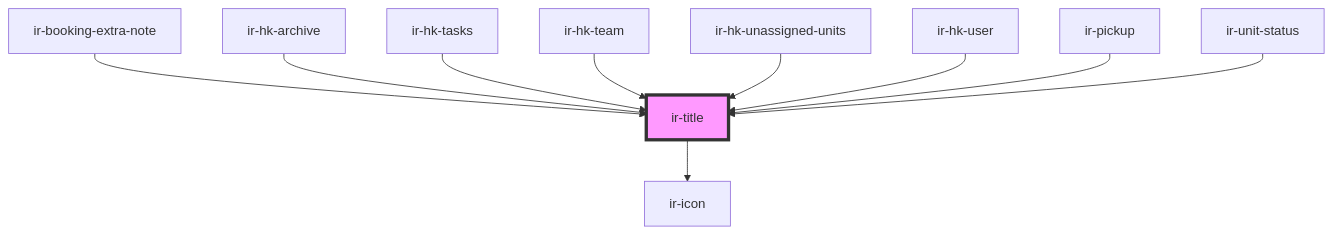
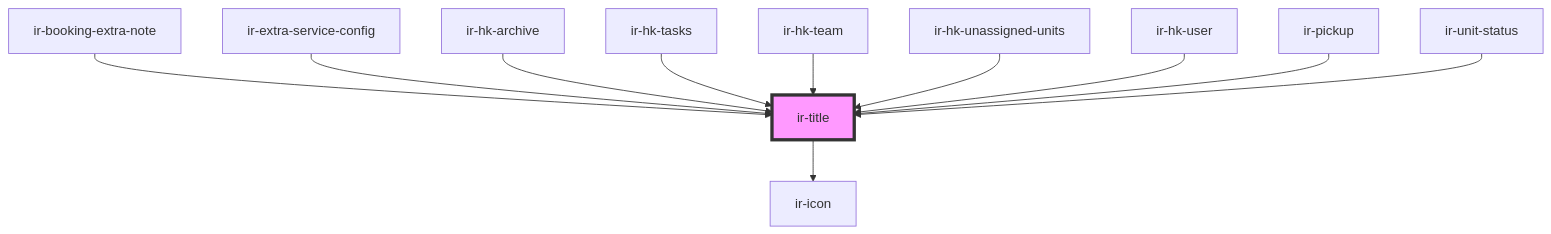
The diagram in src/components/ir-title/readme.md (David1Chowaifaty/modified-ir-webcmp), drawn with Mermaid before and after one commit. The commit also changed other lines of this file and 28 other files, not shown here.

````diff
--- a/src/components/ir-title/readme.md
+++ b/src/components/ir-title/readme.md
@@ -42,13 +43,14 @@
 ```mermaid
 graph TD;
   ir-title --> ir-icon
   ir-booking-extra-note --> ir-title
+  ir-extra-service-config --> ir-title
   ir-hk-archive --> ir-title
   ir-hk-tasks --> ir-title
   ir-hk-team --> ir-title
   ir-hk-unassigned-units --> ir-title
   ir-hk-user --> ir-title
   ir-pickup --> ir-title
   ir-unit-status --> ir-title
   style ir-title fill:#f9f,stroke:#333,stroke-width:4px
 ```
````
